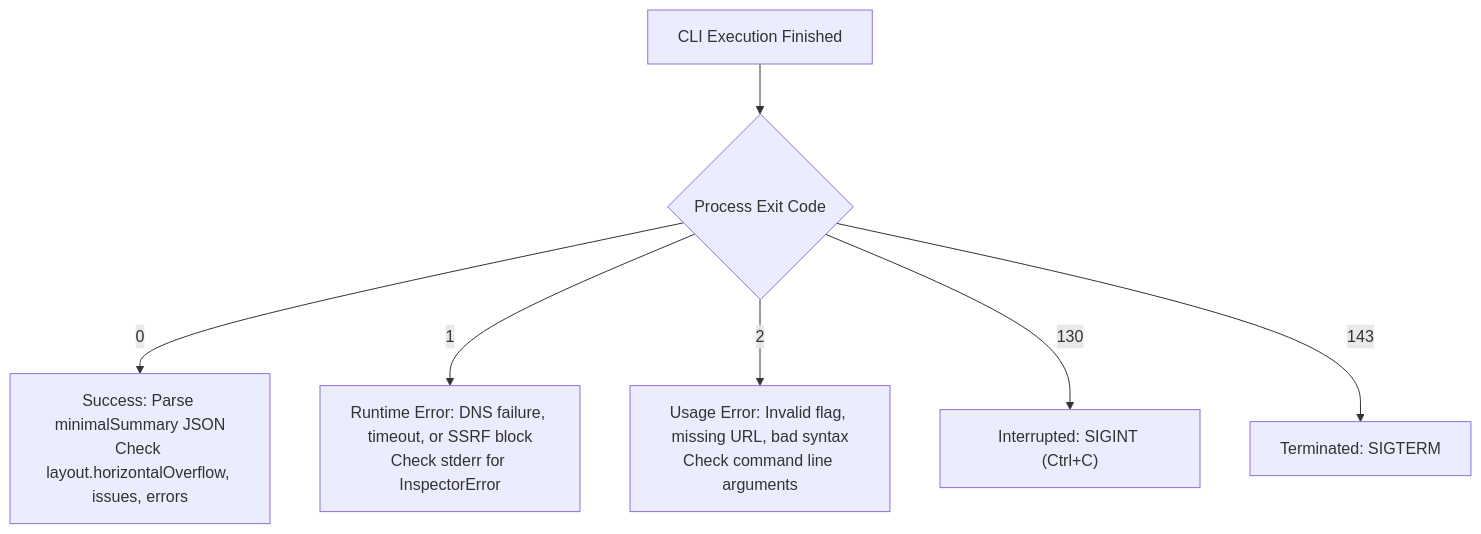
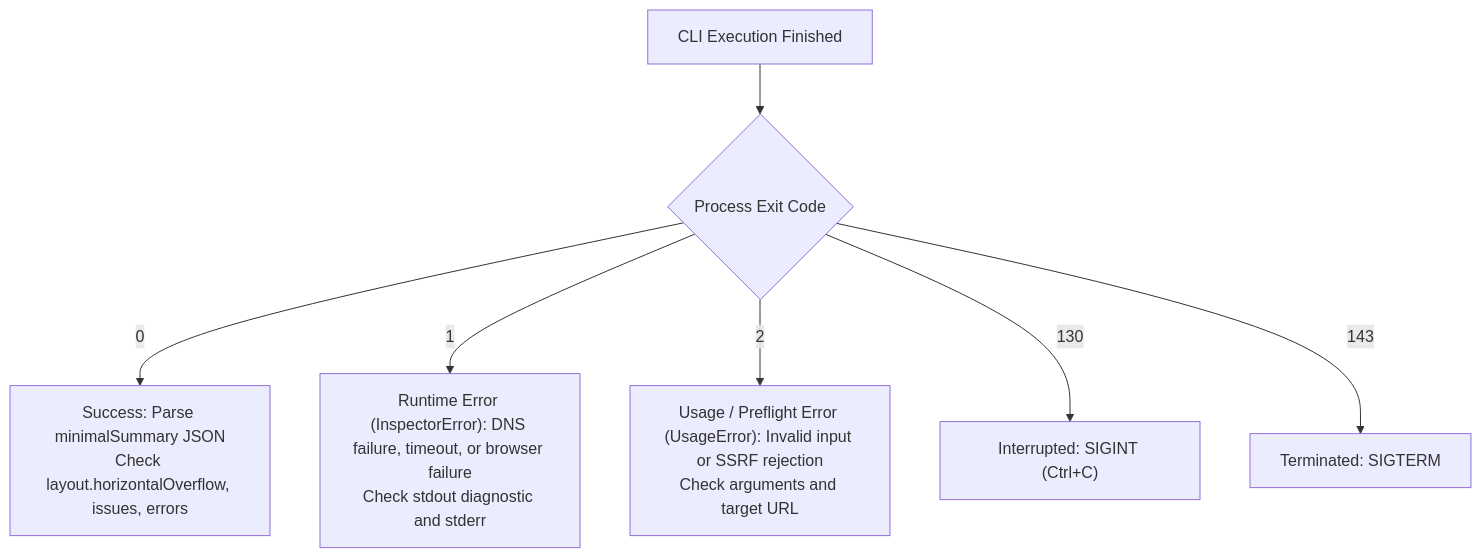
One commit to herehossein/AgentsEye changed the diagram in references/cli-reference.md. Above: the diagram before and after it, drawn with Mermaid. The commit also changed other lines of this file and 11 other files, not shown here.

````diff
--- a/references/cli-reference.md
+++ b/references/cli-reference.md
@@ -214,9 +218,9 @@
 ```mermaid
 flowchart TD
     A["CLI Execution Finished"] --> B{"Process Exit Code"}
     B -- "0" --> C["Success: Parse minimalSummary JSON<br/>Check layout.horizontalOverflow, issues, errors"]
-    B -- "1" --> D["Runtime Error: DNS failure, timeout, or SSRF block<br/>Check stderr for InspectorError"]
-    B -- "2" --> E["Usage Error: Invalid flag, missing URL, bad syntax<br/>Check command line arguments"]
+    B -- "1" --> D["Runtime Error (InspectorError): DNS failure, timeout, or browser failure<br/>Check stdout diagnostic and stderr"]
+    B -- "2" --> E["Usage / Preflight Error (UsageError): Invalid input or SSRF rejection<br/>Check arguments and target URL"]
     B -- "130" --> F["Interrupted: SIGINT (Ctrl+C)"]
     B -- "143" --> G["Terminated: SIGTERM"]
 ```
````
